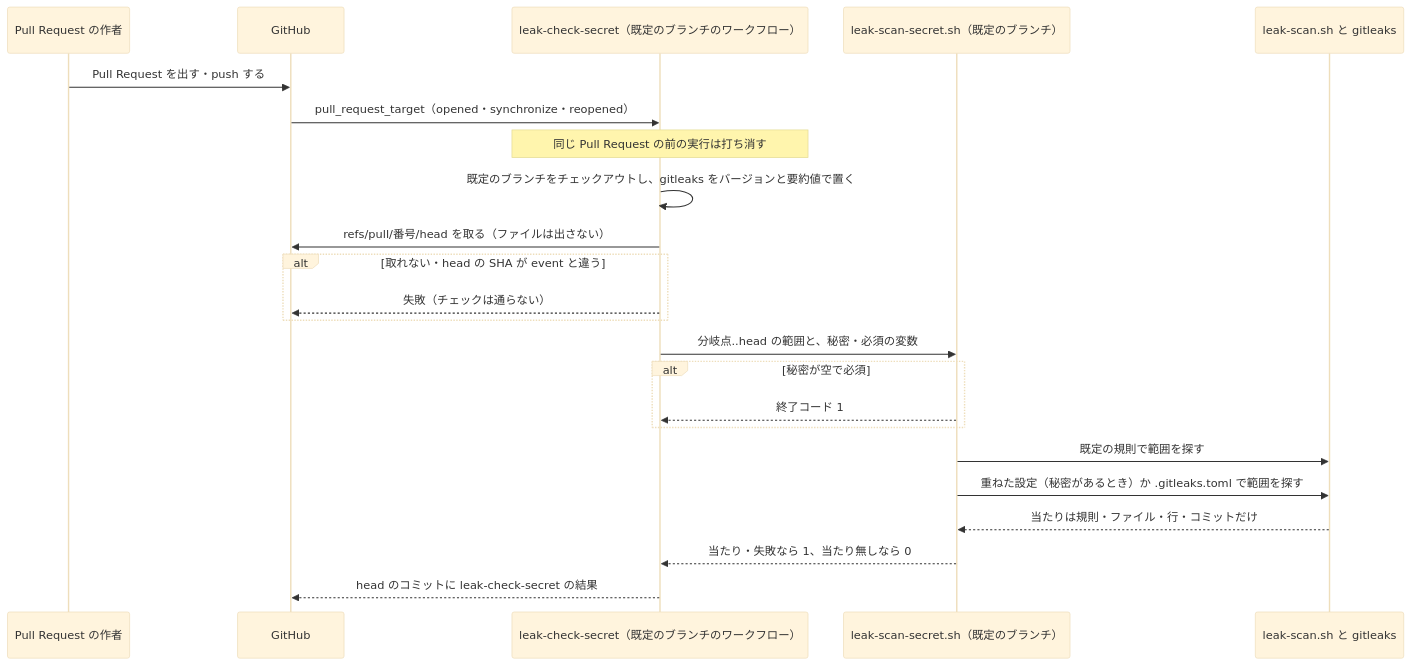
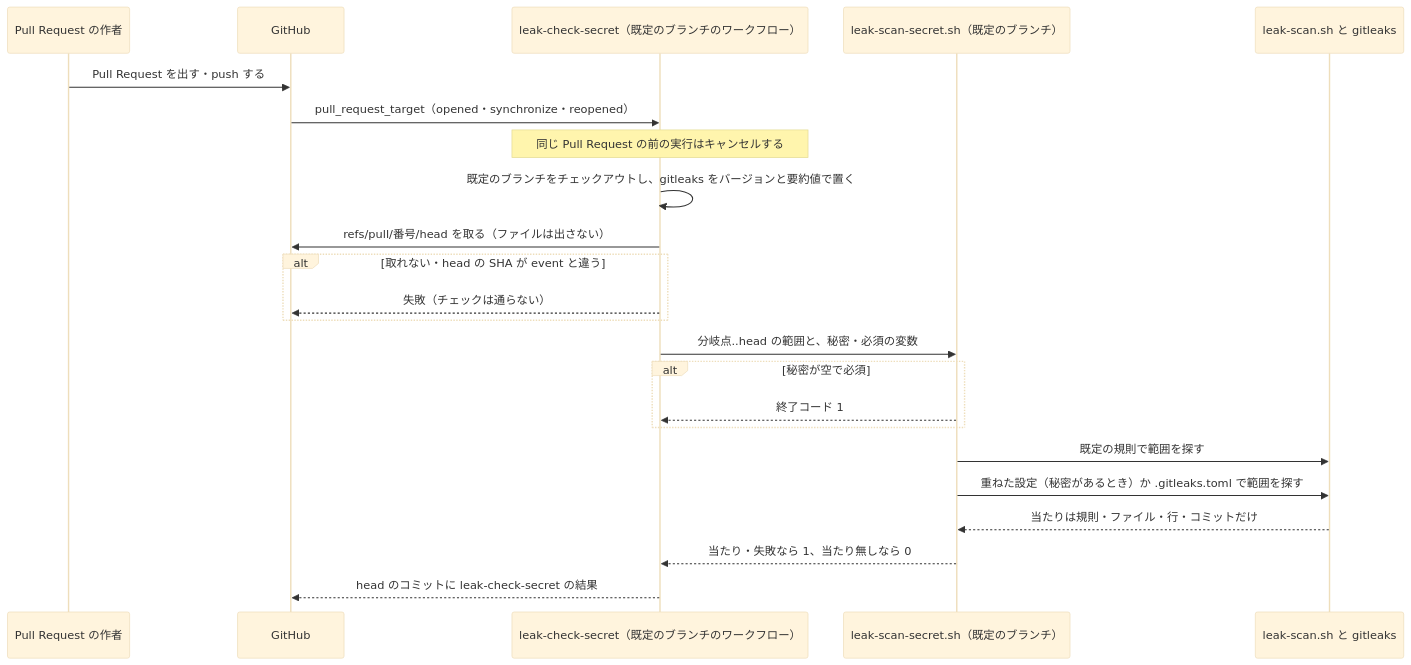
One commit to devbasex/nd-factory changed the fourth of 4 diagrams in issues/issue-96-101-design.md. Above: the diagram before and after it, drawn with Mermaid (base theme). The commit also changed other lines of this file, not shown here.

````diff
--- a/issues/issue-96-101-design.md
+++ b/issues/issue-96-101-design.md
@@ -127,25 +127,25 @@
 ```mermaid
 sequenceDiagram
     participant A as Pull Request の作者
     participant G as GitHub
     participant J as leak-check-secret（既定のブランチのワークフロー）
     participant S as leak-scan-secret.sh（既定のブランチ）
     participant L as leak-scan.sh と gitleaks
     A->>G: Pull Request を出す・push する
     G->>J: pull_request_target（opened・synchronize・reopened）
-    Note over J: 同じ Pull Request の前の実行は打ち消す
+    Note over J: 同じ Pull Request の前の実行はキャンセルする
     J->>J: 既定のブランチをチェックアウトし、gitleaks をバージョンと要約値で置く
     J->>G: refs/pull/番号/head を取る（ファイルは出さない）
     alt 取れない・head の SHA が event と違う
         J-->>G: 失敗（チェックは通らない）
     end
     J->>S: 分岐点..head の範囲と、秘密・必須の変数
     alt 秘密が空で必須
         S-->>J: 終了コード 1
     end
     S->>L: 既定の規則で範囲を探す
     S->>L: 重ねた設定（秘密があるとき）か .gitleaks.toml で範囲を探す
     L-->>S: 当たりは規則・ファイル・行・コミットだけ
     S-->>J: 当たり・失敗なら 1、当たり無しなら 0
     J-->>G: head のコミットに leak-check-secret の結果
 ```
````
